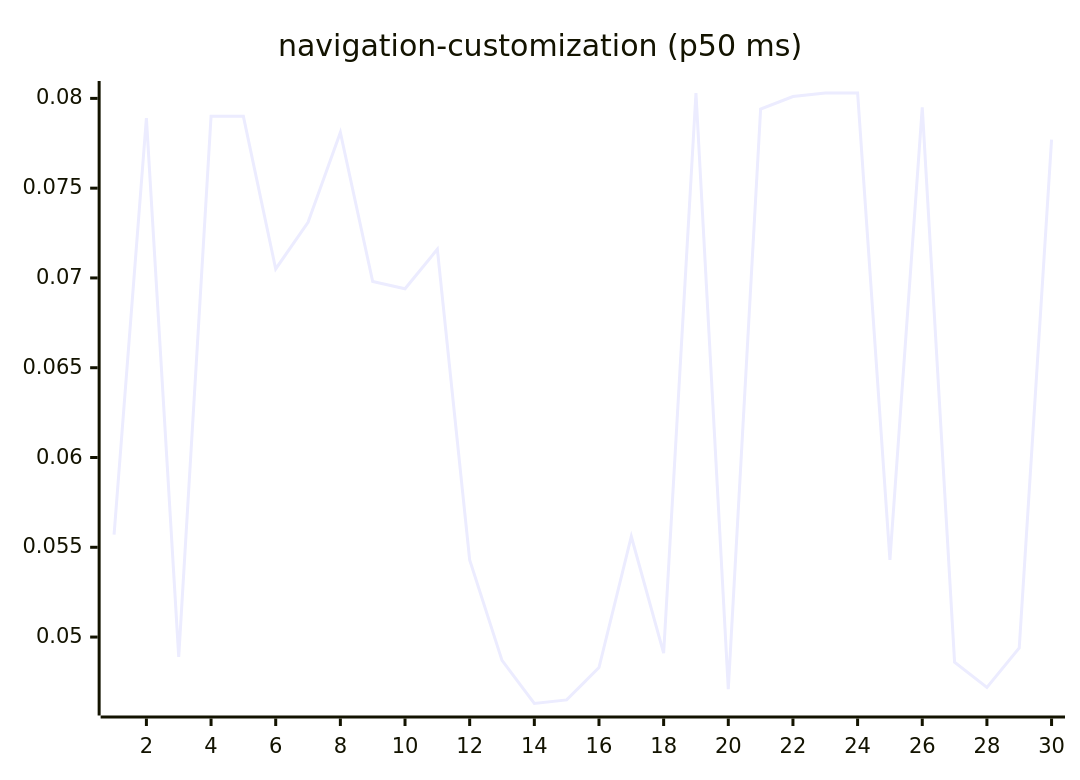
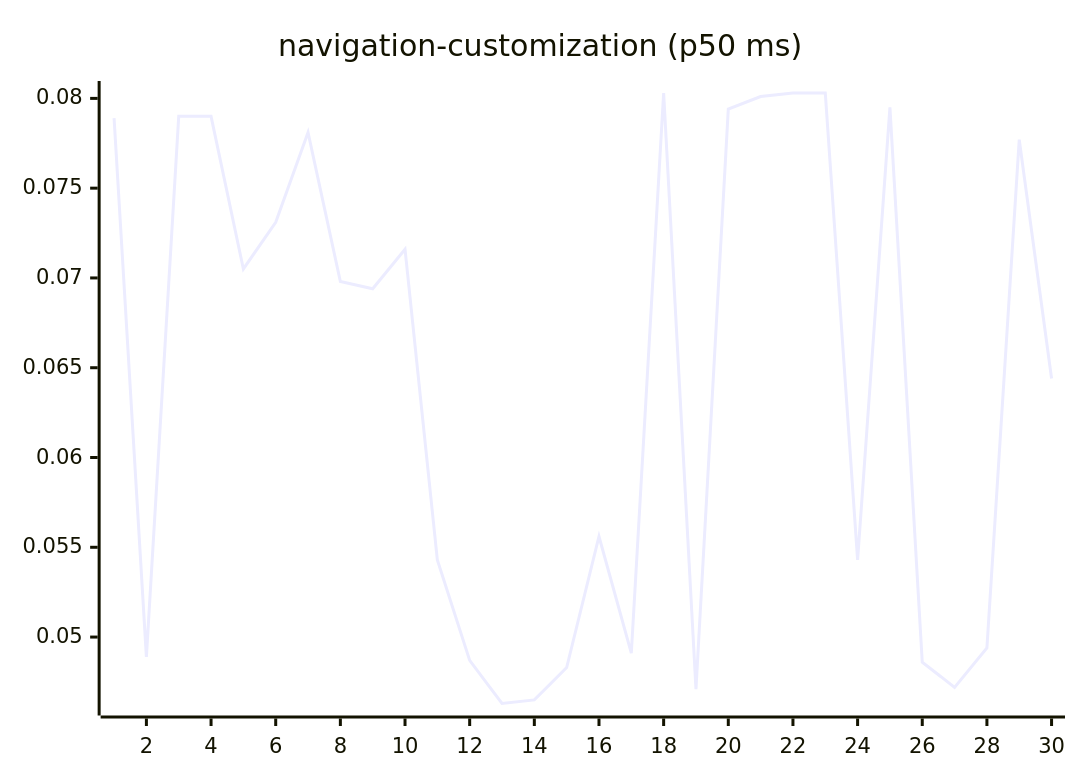
One commit to josha/Facet changed diagram 15 of 27 in README.md. Above: the diagram before and after it, drawn with Mermaid. The commit also changed other lines of this file and 2 other files, not shown here.

````diff
--- a/README.md
+++ b/README.md
@@ -161,6 +161,6 @@
 ```mermaid
 xychart-beta
     title "navigation-customization (p50 ms)"
     x-axis 1 --> 30
-    line [0.0557, 0.0789, 0.0489, 0.0790, 0.0790, 0.0705, 0.0731, 0.0781, 0.0698, 0.0694, 0.0716, 0.0543, 0.0487, 0.0463, 0.0465, 0.0483, 0.0556, 0.0491, 0.0803, 0.0471, 0.0794, 0.0801, 0.0803, 0.0803, 0.0543, 0.0795, 0.0486, 0.0472, 0.0494, 0.0777]
+    line [0.0789, 0.0489, 0.0790, 0.0790, 0.0705, 0.0731, 0.0781, 0.0698, 0.0694, 0.0716, 0.0543, 0.0487, 0.0463, 0.0465, 0.0483, 0.0556, 0.0491, 0.0803, 0.0471, 0.0794, 0.0801, 0.0803, 0.0803, 0.0543, 0.0795, 0.0486, 0.0472, 0.0494, 0.0777, 0.0644]
 ```
````
